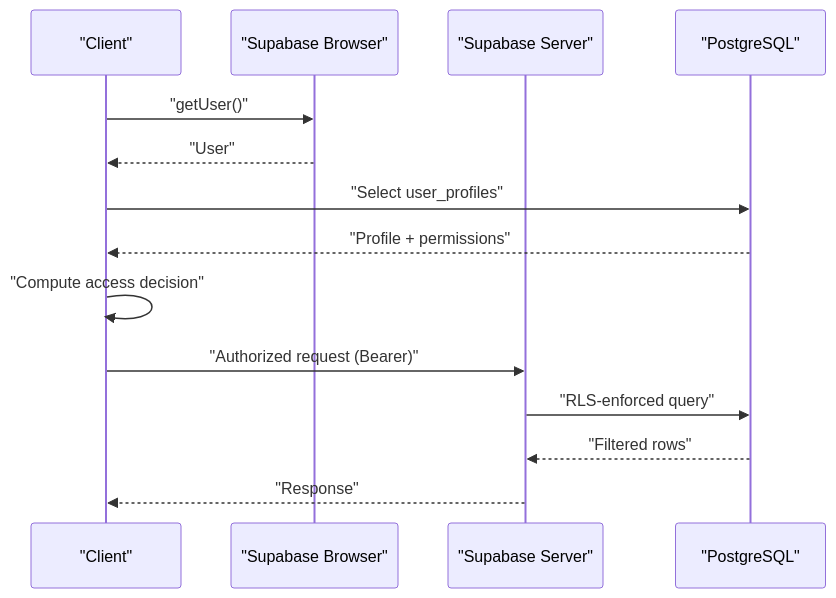
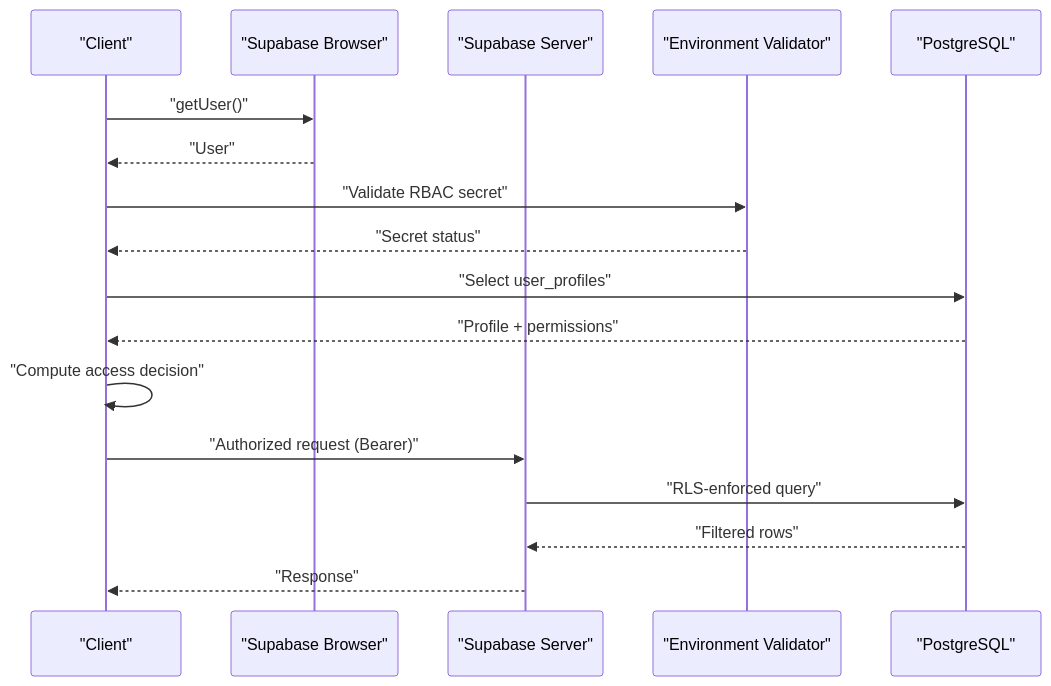
Before and after one commit to mustafaalkusaj/appschoolmustafa2002: the fourth of 12 diagrams in .qoder/repowiki/en/content/Security Implementation/Security Implementation.md, drawn with Mermaid. The commit also changed other lines of this file and 277 other files, not shown here.

````diff
--- a/.qoder/repowiki/en/content/Security Implementation/Security Implementation.md
+++ b/.qoder/repowiki/en/content/Security Implementation/Security Implementation.md
@@ -305,16 +295,19 @@
 ```mermaid
 sequenceDiagram
 participant Client as "Client"
 participant SupaB as "Supabase Browser"
 participant SupaS as "Supabase Server"
+participant EnvValidator as "Environment Validator"
 participant DB as "PostgreSQL"
 Client->>SupaB : "getUser()"
 SupaB-->>Client : "User"
+Client->>EnvValidator : "Validate RBAC secret"
+EnvValidator-->>Client : "Secret status"
 Client->>DB : "Select user_profiles"
 DB-->>Client : "Profile + permissions"
 Client->>Client : "Compute access decision"
 Client->>SupaS : "Authorized request (Bearer)"
 SupaS->>DB : "RLS-enforced query"
 DB-->>SupaS : "Filtered rows"
 SupaS-->>Client : "Response"
 ```
````
